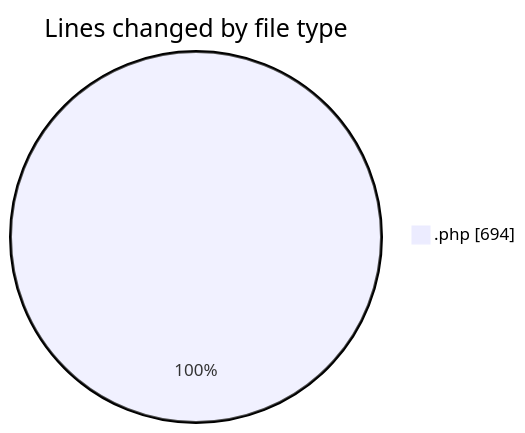
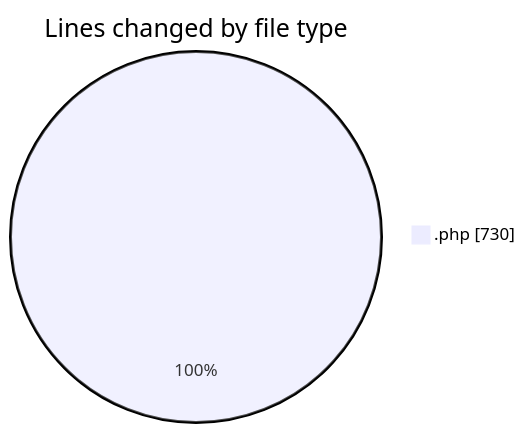
The first of 2 diagrams in 2026-07-29/untitled__workspace_/README.md (debugP/code-tracking), drawn with Mermaid before and after one commit. The commit also changed other lines of this file and 1 other file, not shown here.

````diff
--- a/2026-07-29/untitled__workspace_/README.md
+++ b/2026-07-29/untitled__workspace_/README.md
@@ -20,5 +20,5 @@
 ```mermaid
 pie showData
 title Lines changed by file type
-".php" : 694
+".php" : 730
 ```
````
